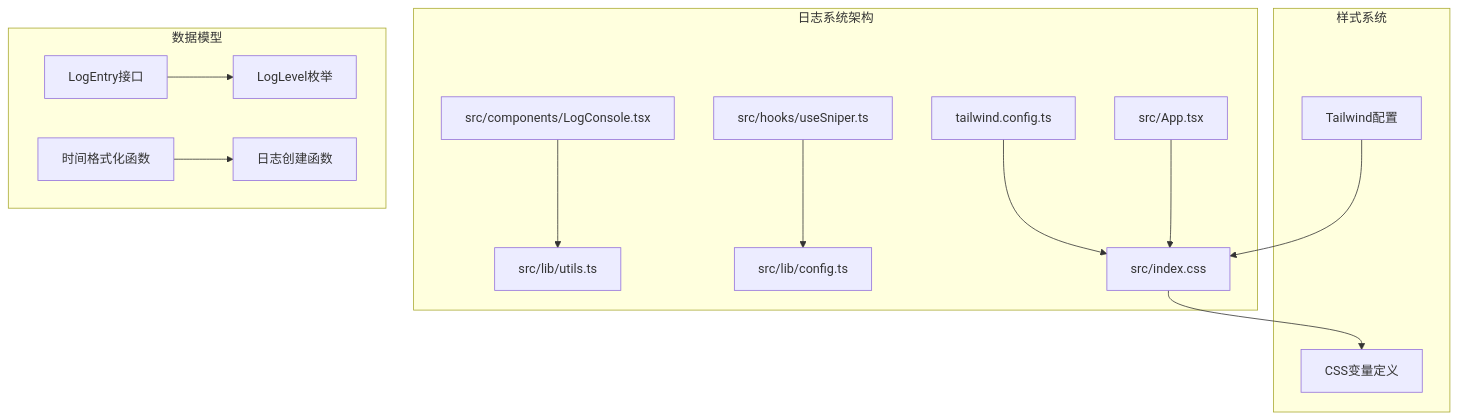
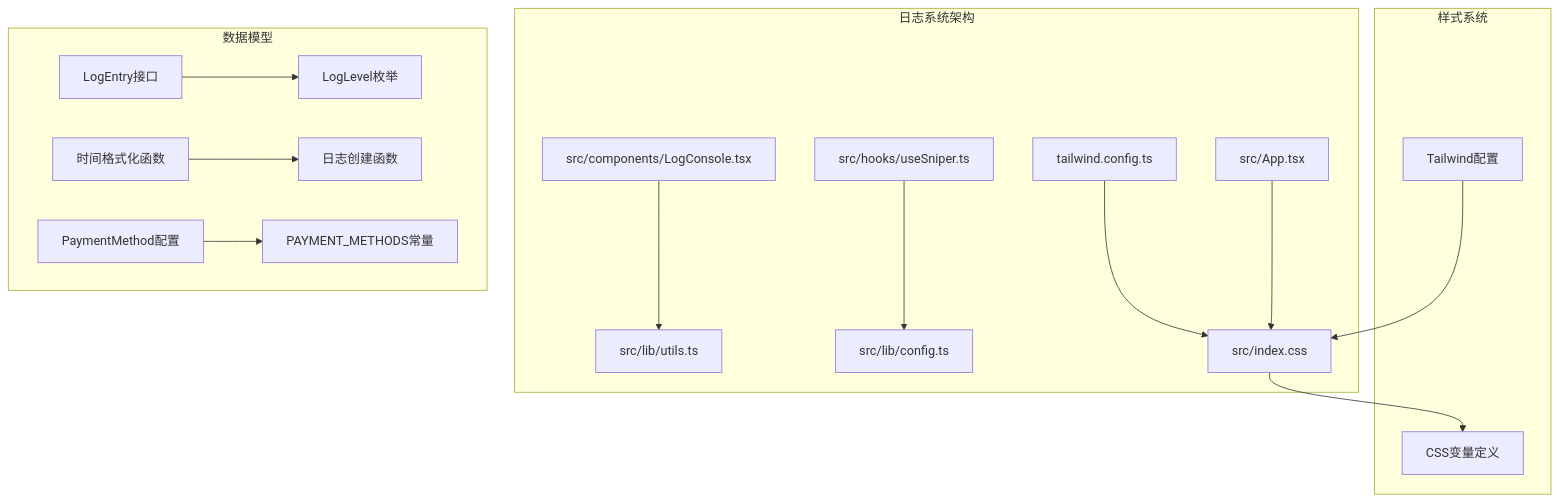
One commit to 16499259-oss/GLM-sniper changed the first of 9 diagrams in .qoder/repowiki/zh/content/监控系统/实时日志系统.md. Above: the diagram before and after it, drawn with Mermaid. The commit also changed other lines of this file and 3 other files, not shown here.

````diff
--- a/.qoder/repowiki/zh/content/监控系统/实时日志系统.md
+++ b/.qoder/repowiki/zh/content/监控系统/实时日志系统.md
@@ -43,17 +43,18 @@
 ```mermaid
 graph TB
 subgraph "日志系统架构"
 A[src/components/LogConsole.tsx] --> B[src/lib/utils.ts]
 C[src/hooks/useSniper.ts] --> D[src/lib/config.ts]
 E[src/App.tsx] --> F[src/index.css]
 G[tailwind.config.ts] --> F
 end
 subgraph "样式系统"
 F --> H[CSS变量定义]
 I[Tailwind配置] --> F
 end
 subgraph "数据模型"
 J[LogEntry接口] --> K[LogLevel枚举]
 L[时间格式化函数] --> M[日志创建函数]
+N[PaymentMethod配置] --> O[PAYMENT_METHODS常量]
 end
 ```
````
